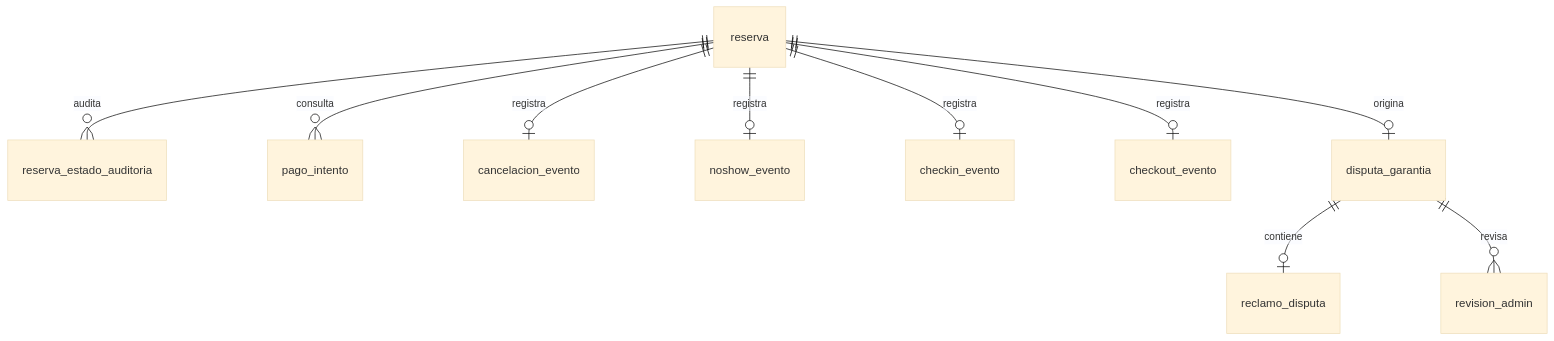
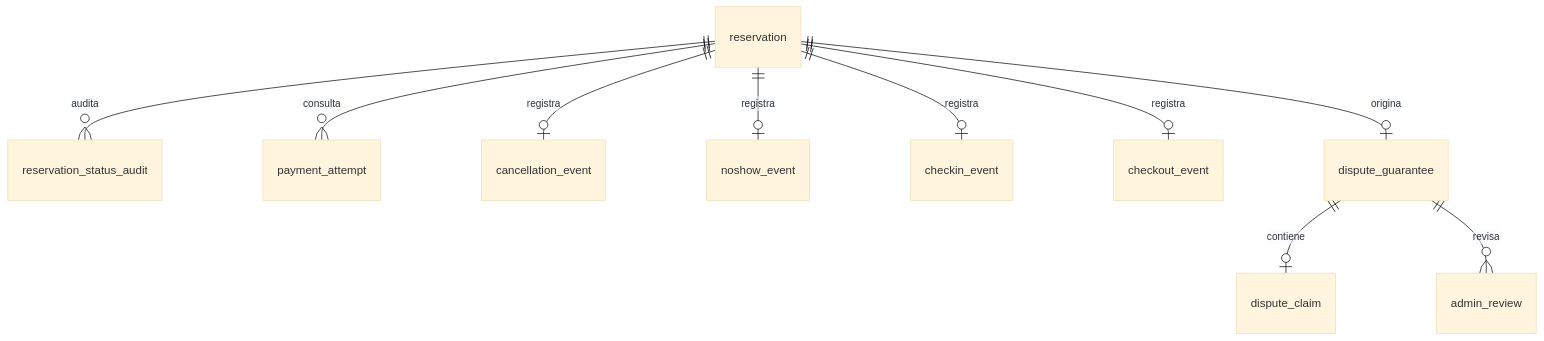
The diagram in Documentación/technical-plan/plan.md (Alyson2105/SeaShare-modulo-2), drawn with Mermaid (base theme) before and after one commit. The commit also changed other lines of this file and 35 other files, not shown here.

````diff
--- a/Documentación/technical-plan/plan.md
+++ b/Documentación/technical-plan/plan.md
@@ -206,12 +206,12 @@
 ```mermaid
 erDiagram
-    reserva ||--o{ reserva_estado_auditoria : audita
-    reserva ||--o{ pago_intento : consulta
-    reserva ||--o| cancelacion_evento : registra
-    reserva ||--o| noshow_evento : registra
-    reserva ||--o| checkin_evento : registra
-    reserva ||--o| checkout_evento : registra
-    reserva ||--o| disputa_garantia : origina
-    disputa_garantia ||--o| reclamo_disputa : contiene
-    disputa_garantia ||--o{ revision_admin : revisa
+    reservation ||--o{ reservation_status_audit : audita
+    reservation ||--o{ payment_attempt : consulta
+    reservation ||--o| cancellation_event : registra
+    reservation ||--o| noshow_event : registra
+    reservation ||--o| checkin_event : registra
+    reservation ||--o| checkout_event : registra
+    reservation ||--o| dispute_guarantee : origina
+    dispute_guarantee ||--o| dispute_claim : contiene
+    dispute_guarantee ||--o{ admin_review : revisa
 ```
````
